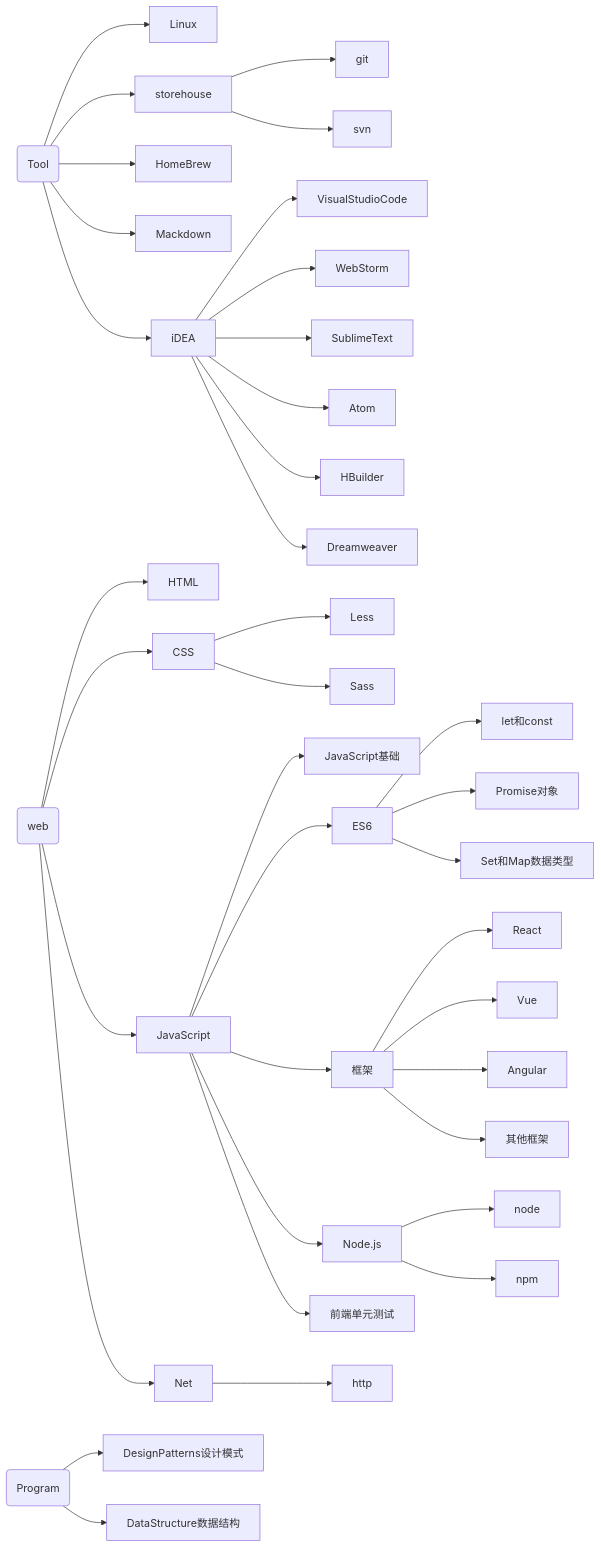
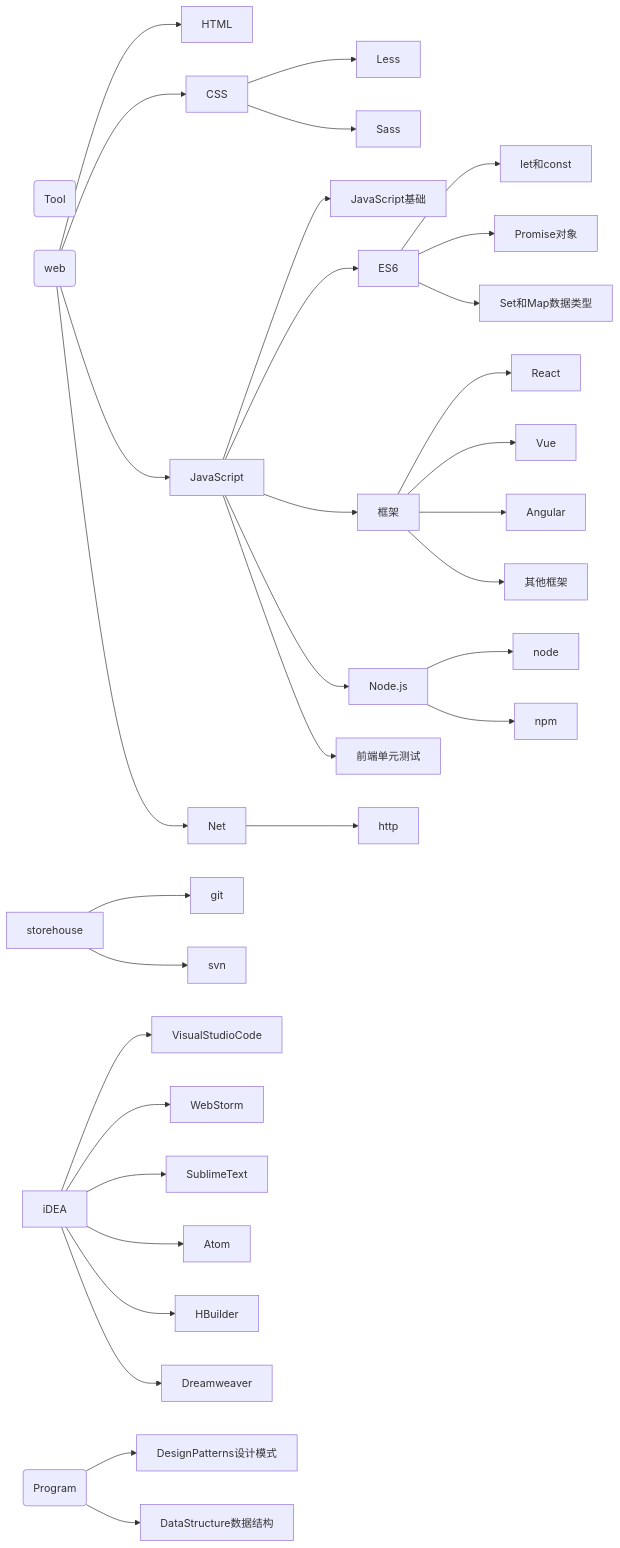
One commit to Sakuraine/note changed the diagram in README.md. Above: the diagram before and after it, drawn with Mermaid. The commit also changed other lines of this file and 1 other file, not shown here.

````diff
--- a/README.md
+++ b/README.md
@@ -74,57 +94,41 @@
-```mermaid
-graph LR
-0(Tool)
-1(Program)
-A(web)
-B[HTML]
-C[CSS]
-D[JavaScript]
-H[Net]
-
-0 --> Linux
-0 --> storehouse
-0 --> HomeBrew
-0 --> Mackdown
-0 --> iDEA
-
-storehouse --> git
-storehouse --> svn
-
-iDEA --> VisualStudioCode
-iDEA --> WebStorm
-iDEA --> SublimeText
-iDEA --> Atom
-iDEA --> HBuilder
-iDEA --> Dreamweaver
-
-A --> B
-A --> C
-A --> D
-A --> H
-
-C --> Less
-C --> Sass
-
-D --> JavaScript基础
-D --> ES6
-D --> 框架
-D --> Node.js
-D --> 前端单元测试
-
-ES6 --> let和const
-ES6 --> Promise对象
-ES6 --> Set和Map数据类型
-
-框架 --> React
-框架 --> Vue
-框架 --> Angular
-框架 --> 其他框架
-
-Node.js --> node
-Node.js --> npm
-
-H --> http
-
-1 --> DesignPatterns设计模式
-1 --> DataStructure数据结构
-```
+    	```mermaid
+    	graph LR
+    	0(Tool)
+      1(Program)
+      A(web)
+      B[HTML]
+      C[CSS]
+      D[JavaScript]
+      H[Net]
+      storehouse --> git
+      storehouse --> svn
+      iDEA --> VisualStudioCode
+      iDEA --> WebStorm
+      iDEA --> SublimeText
+      iDEA --> Atom
+      iDEA --> HBuilder
+      iDEA --> Dreamweaver
+      A --> B
+      A --> C
+      A --> D
+      A --> H
+      C --> Less
+      C --> Sass
+      D --> JavaScript基础
+      D --> ES6
+      D --> 框架
+      D --> Node.js
+      D --> 前端单元测试
+      ES6 --> let和const
+      ES6 --> Promise对象
+      ES6 --> Set和Map数据类型
+      框架 --> React
+      框架 --> Vue
+      框架 --> Angular
+      框架 --> 其他框架
+      Node.js --> node
+      Node.js --> npm
+      H --> http
+      1 --> DesignPatterns设计模式
+      1 --> DataStructure数据结构
+      ```
````
